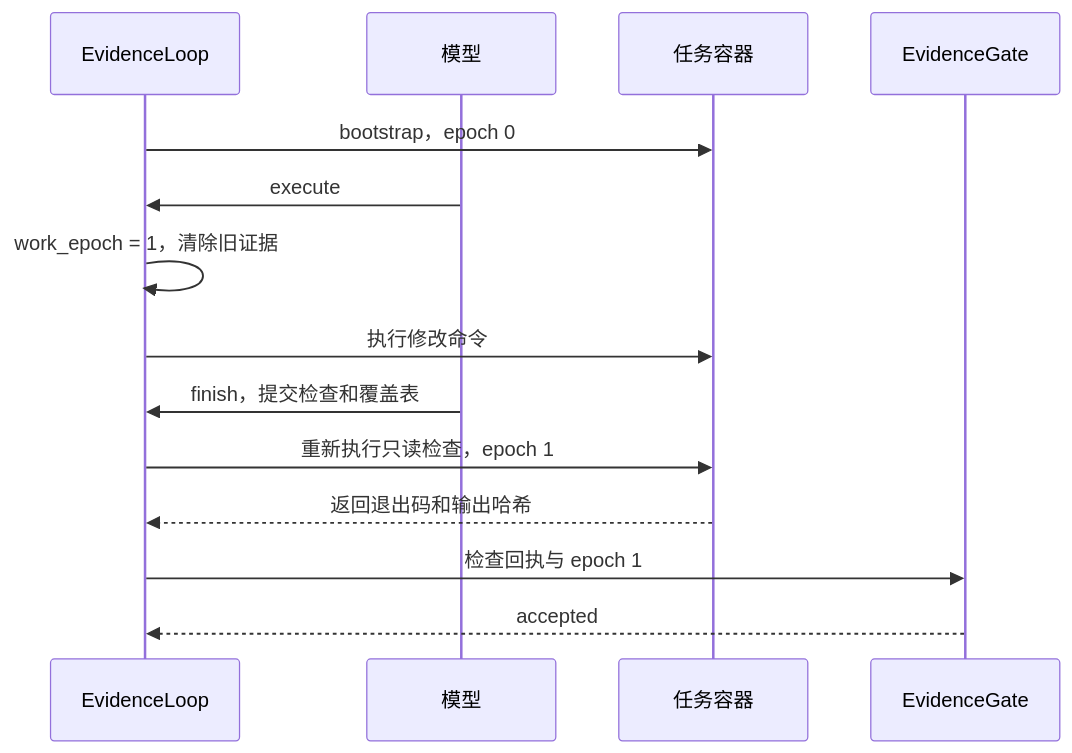
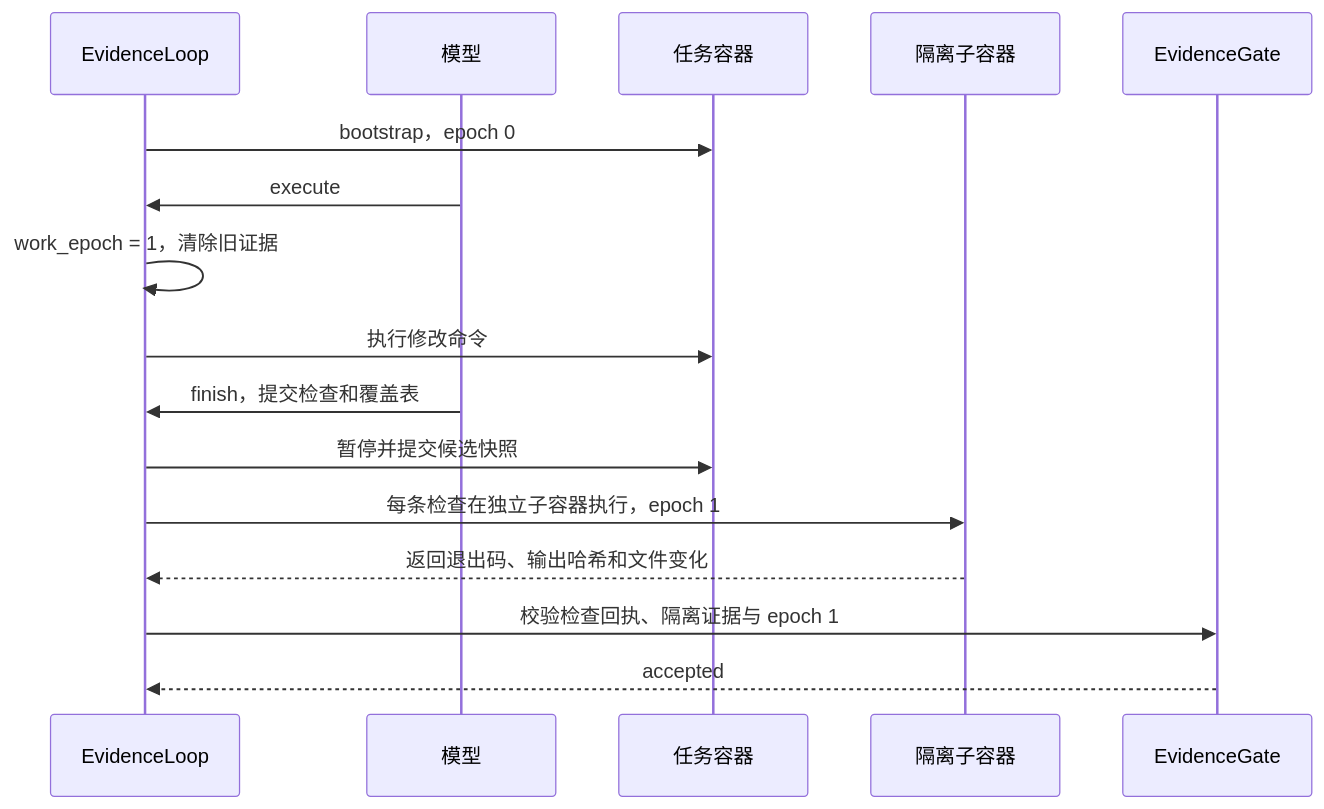
One commit to Duang777/Dharness changed the third of 3 diagrams in docs/architecture-rationale.md. Above: the diagram before and after it, drawn with Mermaid. The commit also changed other lines of this file and 53 other files, not shown here.

````diff
--- a/docs/architecture-rationale.md
+++ b/docs/architecture-rationale.md
@@ -214,17 +229,19 @@
 ```mermaid
 sequenceDiagram
     participant L as EvidenceLoop
     participant M as 模型
     participant E as 任务容器
+    participant I as 隔离子容器
     participant G as EvidenceGate
 
     L->>E: bootstrap，epoch 0
     M->>L: execute
     L->>L: work_epoch = 1，清除旧证据
     L->>E: 执行修改命令
     M->>L: finish，提交检查和覆盖表
-    L->>E: 重新执行只读检查，epoch 1
-    E-->>L: 返回退出码和输出哈希
-    L->>G: 检查回执与 epoch 1
+    L->>E: 暂停并提交候选快照
+    L->>I: 每条检查在独立子容器执行，epoch 1
+    I-->>L: 返回退出码、输出哈希和文件变化
+    L->>G: 校验检查回执、隔离证据与 epoch 1
     G-->>L: accepted
 ```
````
